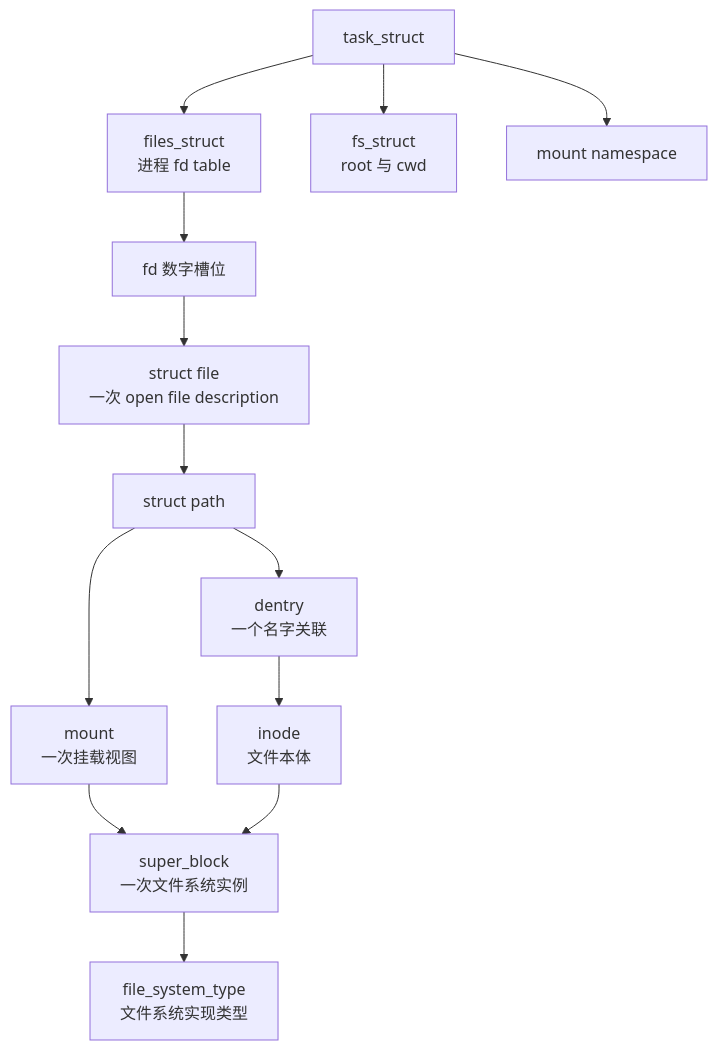
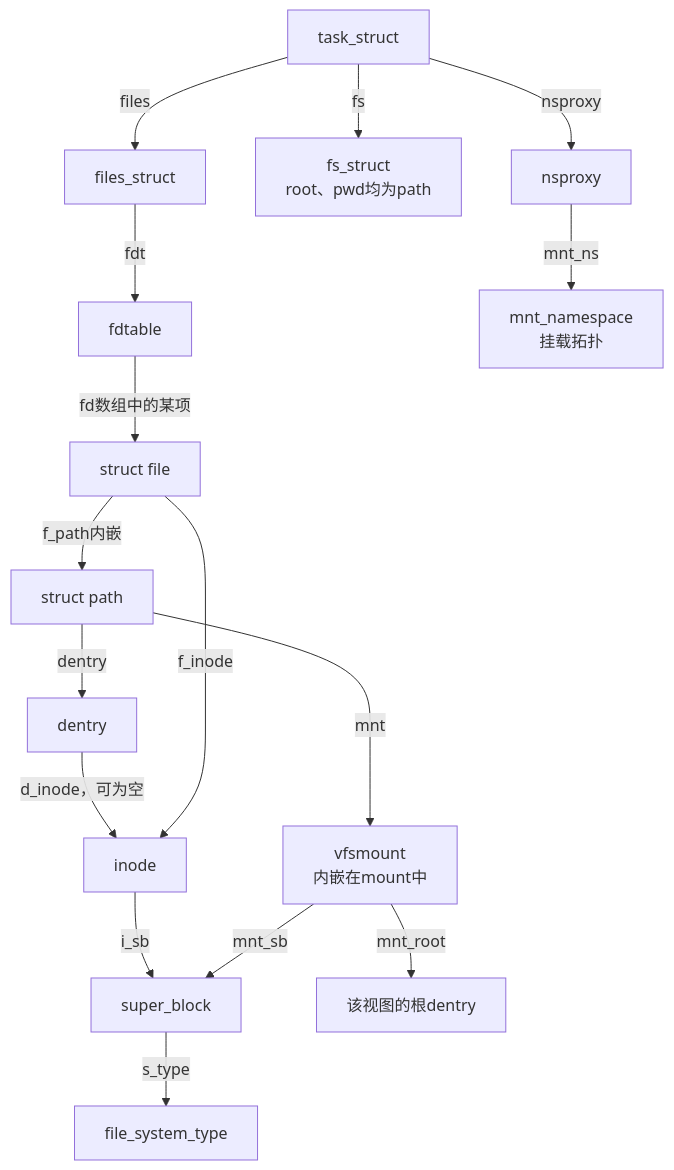
Before and after one commit to FormingSystem/linux_note: the first of 3 diagrams in knowledge/kernel_subsystems/vfs/P03_VFS_状态与对象拓扑.md, drawn with Mermaid. The commit also changed other lines of this file and 10 other files, not shown here.

````diff
--- a/knowledge/kernel_subsystems/vfs/P03_VFS_状态与对象拓扑.md
+++ b/knowledge/kernel_subsystems/vfs/P03_VFS_状态与对象拓扑.md
@@ -16,16 +37,18 @@
 ```mermaid
 flowchart TD
-    TASK["task_struct"] --> FILES["files_struct\n进程 fd table"]
-    TASK --> FSCTX["fs_struct\nroot 与 cwd"]
-    TASK --> NS["mount namespace"]
-
-    FILES --> FD["fd 数字槽位"]
-    FD --> FILE["struct file\n一次 open file description"]
-    FILE --> PATH["struct path"]
-    PATH --> DENTRY["dentry\n一个名字关联"]
-    PATH --> MOUNT["mount\n一次挂载视图"]
-    DENTRY --> INODE["inode\n文件本体"]
-    MOUNT --> SB["super_block\n一次文件系统实例"]
-    INODE --> SB
-    SB --> FST["file_system_type\n文件系统实现类型"]
+    task["task_struct"] -->|"files"| files["files_struct"]
+    files -->|"fdt"| table["fdtable"]
+    table -->|"fd数组中的某项"| file["struct file"]
+    file -->|"f_path内嵌"| path["struct path"]
+    path -->|"dentry"| dent["dentry"]
+    dent -->|"d_inode，可为空"| inode["inode"]
+    file -->|"f_inode"| inode
+    inode -->|"i_sb"| sb["super_block"]
+    path -->|"mnt"| vmnt["vfsmount<br/>内嵌在mount中"]
+    vmnt -->|"mnt_sb"| sb
+    vmnt -->|"mnt_root"| root["该视图的根dentry"]
+    task -->|"fs"| fsctx["fs_struct<br/>root、pwd均为path"]
+    task -->|"nsproxy"| proxy["nsproxy"]
+    proxy -->|"mnt_ns"| ns["mnt_namespace<br/>挂载拓扑"]
+    sb -->|"s_type"| type["file_system_type"]
 ```
````
